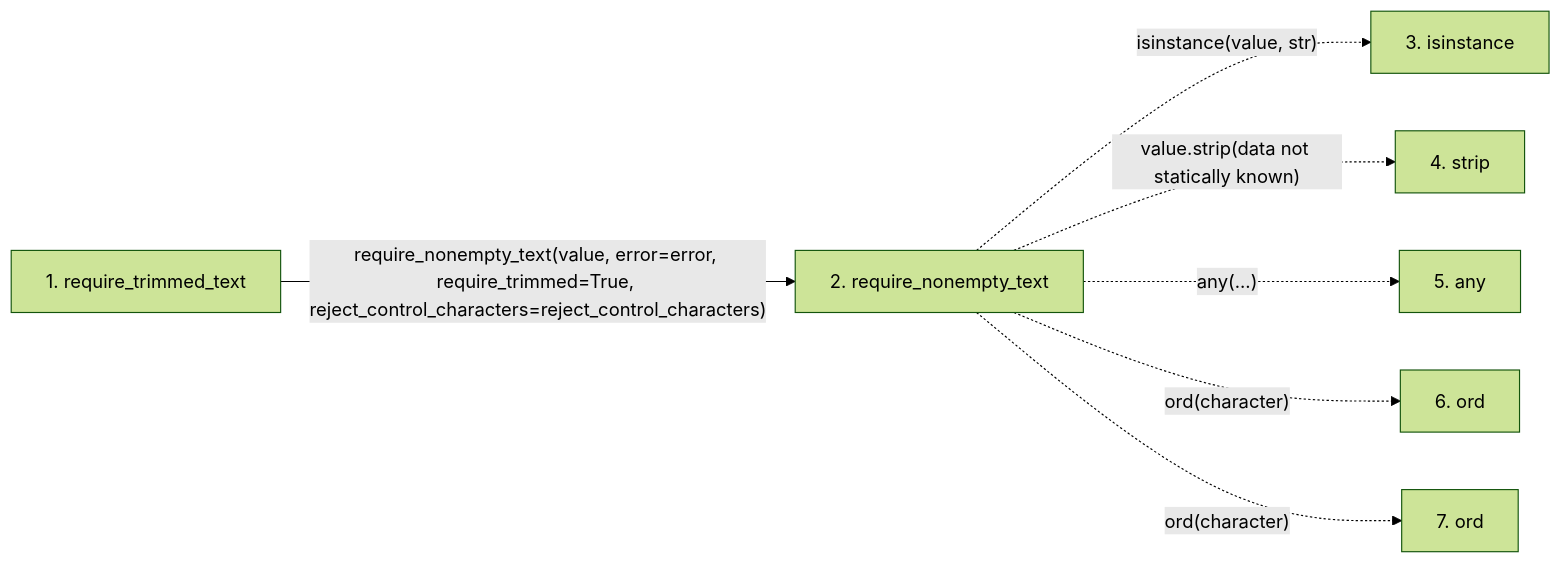
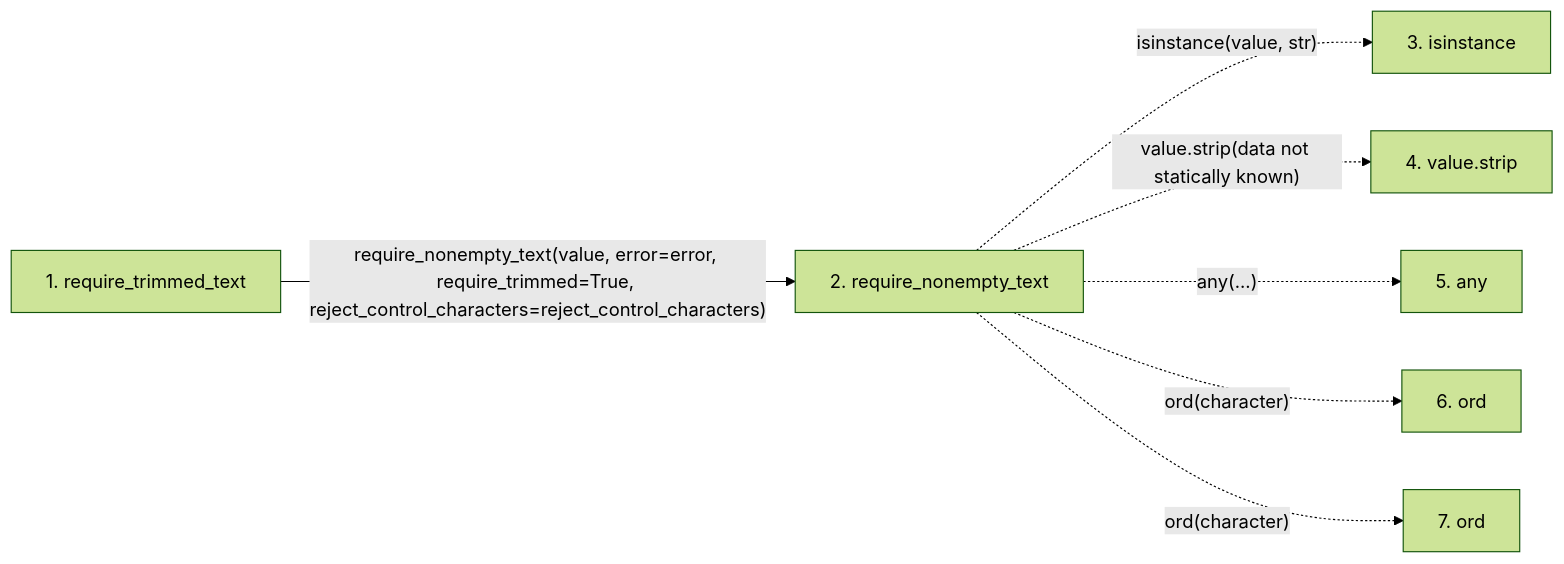
One commit to Denissvgn/python-wiki-llm changed the second of 2 diagrams in docs/llm_wiki/flows/api-require_trimmed_text.md. Above: the diagram before and after it, drawn with Mermaid (forest theme). The commit also changed other lines of this file and 719 other files, not shown here.

````diff
--- a/docs/llm_wiki/flows/api-require_trimmed_text.md
+++ b/docs/llm_wiki/flows/api-require_trimmed_text.md
@@ -29,18 +29,18 @@
 ```mermaid
 flowchart LR
     s1["1. require_trimmed_text"]
     s2["2. require_nonempty_text"]
     s3["3. isinstance"]
-    s4["4. strip"]
+    s4["4. value.strip"]
     s5["5. any"]
     s6["6. ord"]
     s7["7. ord"]
     s1 -->|"require_nonempty_text(value, error=error, require_trimmed=True, reject_control_characters=reject_control_characters)"| s2
     s2 -. "isinstance(value, str)" .-> s3
     s2 -. "value.strip(data not statically known)" .-> s4
     s2 -. "any(...)" .-> s5
     s2 -. "ord(character)" .-> s6
     s2 -. "ord(character)" .-> s7
     click s1 "../modules/validation.md"
     click s2 "../modules/validation.md"
 ```
````
